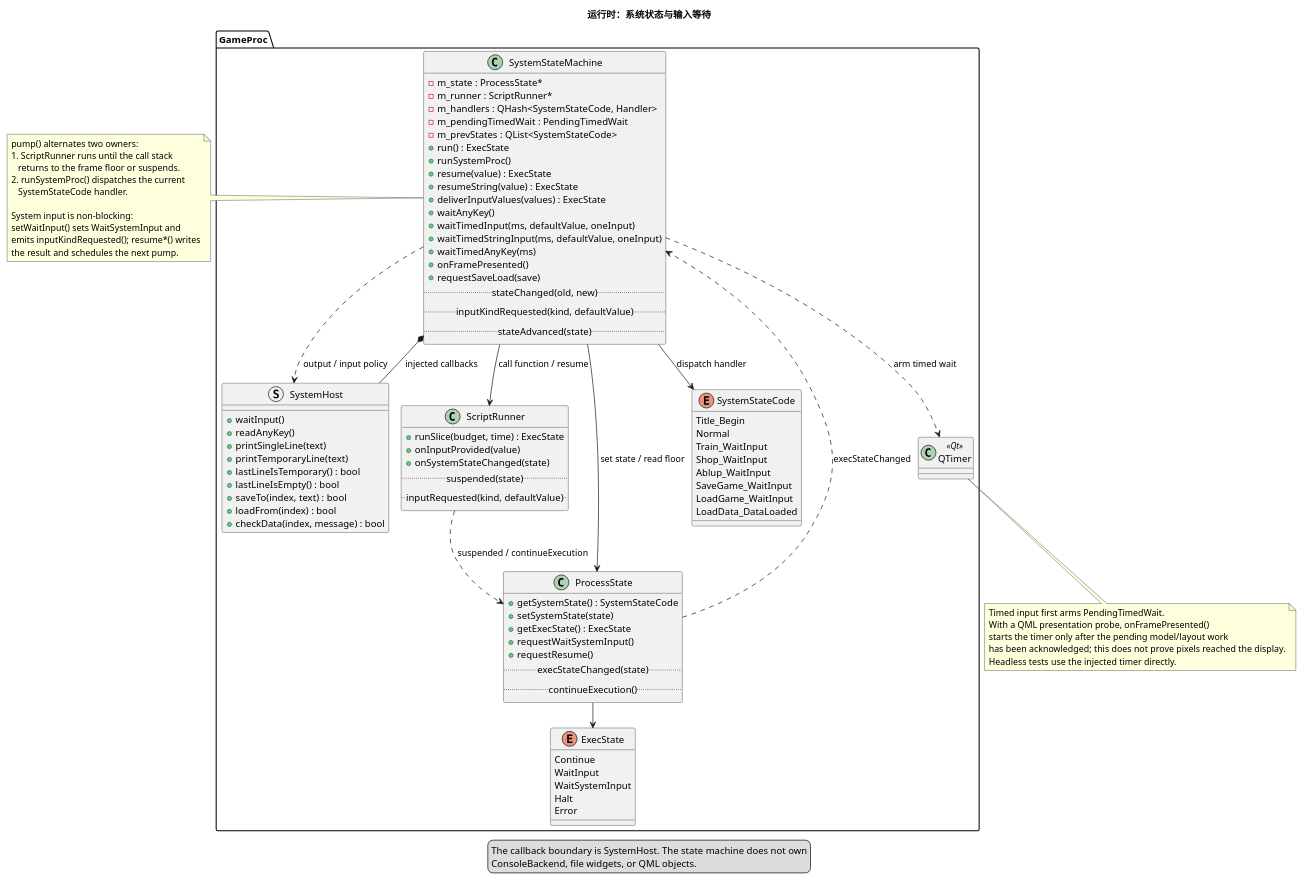
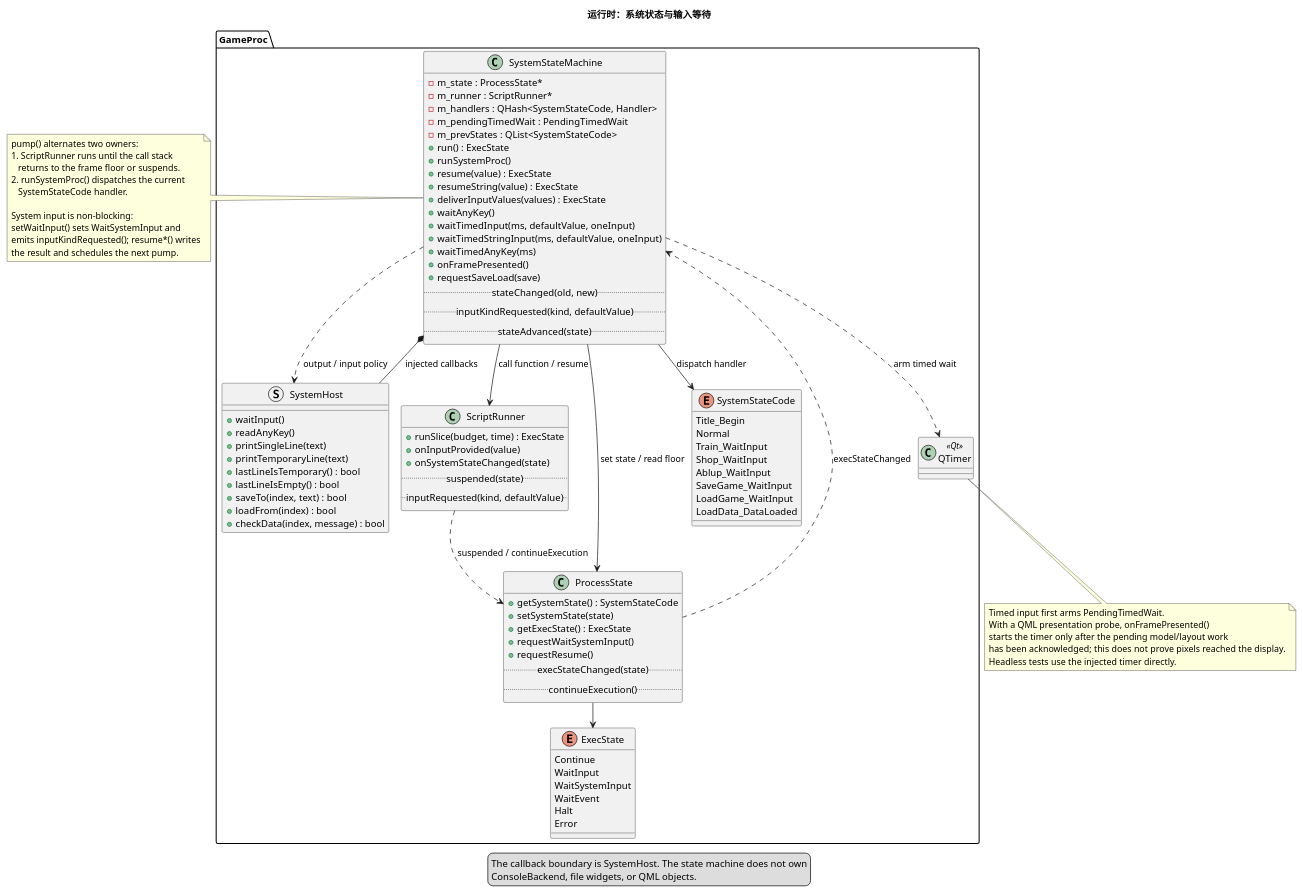
Before and after one commit to yigekuyou/qt-eraemu: the diagram in docs/uml/03-runtime-system.puml, drawn with PlantUML. The commit also changed 9 other files, not shown here.

```diff
--- a/docs/uml/03-runtime-system.puml
+++ b/docs/uml/03-runtime-system.puml
@@ -1,118 +1,119 @@
 @startuml 03-runtime-system
 !pragma layout smetana
 ' 运行时责任 2/4：系统状态、脚本帧底与输入等待
 ' 来源：GameProc/system_state_machine.h, process_state.h, script_runner.h
 
 title 运行时：系统状态与输入等待
 
 package "GameProc" {
   class SystemStateMachine {
     - m_state : ProcessState*
     - m_runner : ScriptRunner*
     - m_handlers : QHash<SystemStateCode, Handler>
     - m_pendingTimedWait : PendingTimedWait
     - m_prevStates : QList<SystemStateCode>
     + run() : ExecState
     + runSystemProc()
     + resume(value) : ExecState
     + resumeString(value) : ExecState
     + deliverInputValues(values) : ExecState
     + waitAnyKey()
     + waitTimedInput(ms, defaultValue, oneInput)
     + waitTimedStringInput(ms, defaultValue, oneInput)
     + waitTimedAnyKey(ms)
     + onFramePresented()
     + requestSaveLoad(save)
     .. stateChanged(old, new) ..
     .. inputKindRequested(kind, defaultValue) ..
     .. stateAdvanced(state) ..
   }
 
   struct SystemHost {
     + waitInput()
     + readAnyKey()
     + printSingleLine(text)
     + printTemporaryLine(text)
     + lastLineIsTemporary() : bool
     + lastLineIsEmpty() : bool
     + saveTo(index, text) : bool
     + loadFrom(index) : bool
     + checkData(index, message) : bool
   }
 
   class ScriptRunner {
     + runSlice(budget, time) : ExecState
     + onInputProvided(value)
     + onSystemStateChanged(state)
     .. suspended(state) ..
     .. inputRequested(kind, defaultValue) ..
   }
 
   class ProcessState {
     + getSystemState() : SystemStateCode
     + setSystemState(state)
     + getExecState() : ExecState
     + requestWaitSystemInput()
     + requestResume()
     .. execStateChanged(state) ..
     .. continueExecution() ..
   }
 
   enum SystemStateCode {
     Title_Begin
     Normal
     Train_WaitInput
     Shop_WaitInput
     Ablup_WaitInput
     SaveGame_WaitInput
     LoadGame_WaitInput
     LoadData_DataLoaded
   }
 
   enum ExecState {
     Continue
     WaitInput
     WaitSystemInput
+    WaitEvent
     Halt
     Error
   }
 
   class QTimer <<Qt>>
 }
 
 SystemStateMachine *-- SystemHost : injected callbacks
 SystemStateMachine --> ProcessState : set state / read floor
 SystemStateMachine --> ScriptRunner : call function / resume
 SystemStateMachine --> SystemStateCode : dispatch handler
 ProcessState --> ExecState
 ProcessState ..> SystemStateMachine : execStateChanged
 ScriptRunner ..> ProcessState : suspended / continueExecution
 SystemStateMachine ..> QTimer : arm timed wait
 SystemStateMachine ..> SystemHost : output / input policy
 
 note right of SystemStateMachine
   pump() alternates two owners:
   1. ScriptRunner runs until the call stack
      returns to the frame floor or suspends.
   2. runSystemProc() dispatches the current
      SystemStateCode handler.
 
   System input is non-blocking:
   setWaitInput() sets WaitSystemInput and
   emits inputKindRequested(); resume*() writes
   the result and schedules the next pump.
 end note
 
 note bottom of QTimer
   Timed input first arms PendingTimedWait.
   With a QML presentation probe, onFramePresented()
   starts the timer only after the pending model/layout work
   has been acknowledged; this does not prove pixels reached the display.
   Headless tests use the injected timer directly.
 end note
 
 legend bottom
   The callback boundary is SystemHost. The state machine does not own
   ConsoleBackend, file widgets, or QML objects.
 endlegend
 @enduml
```
